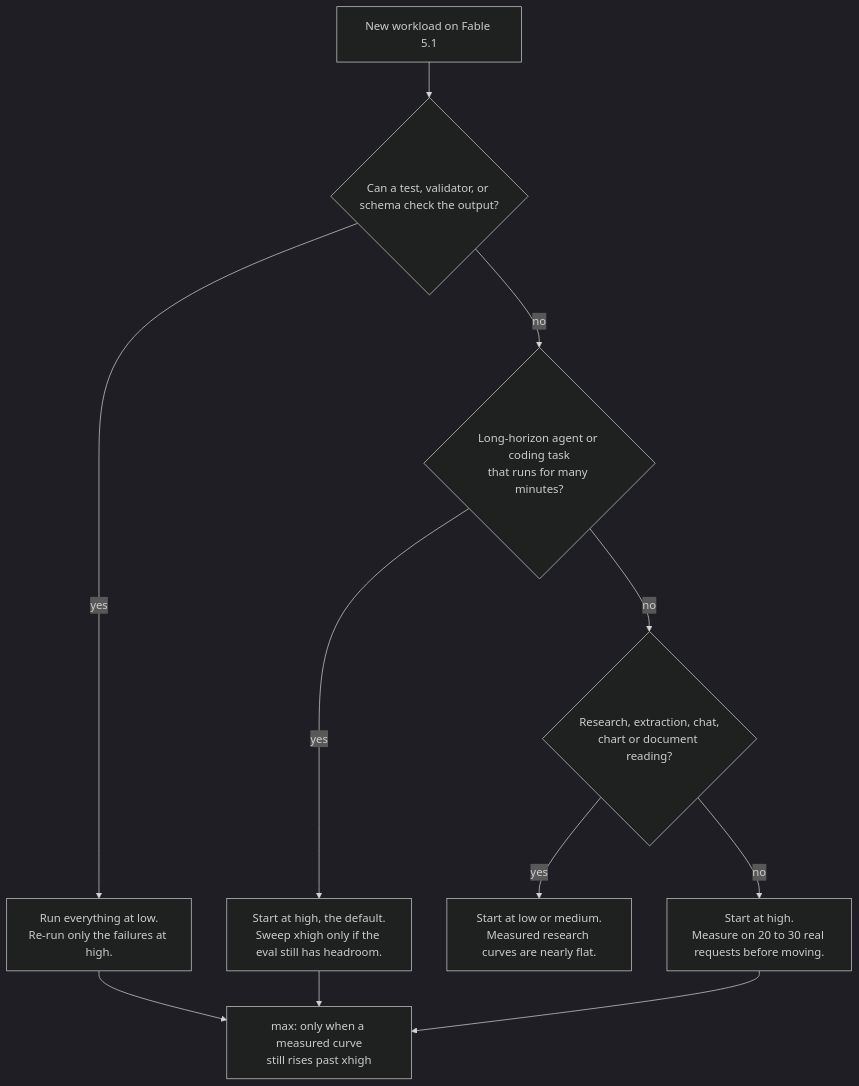
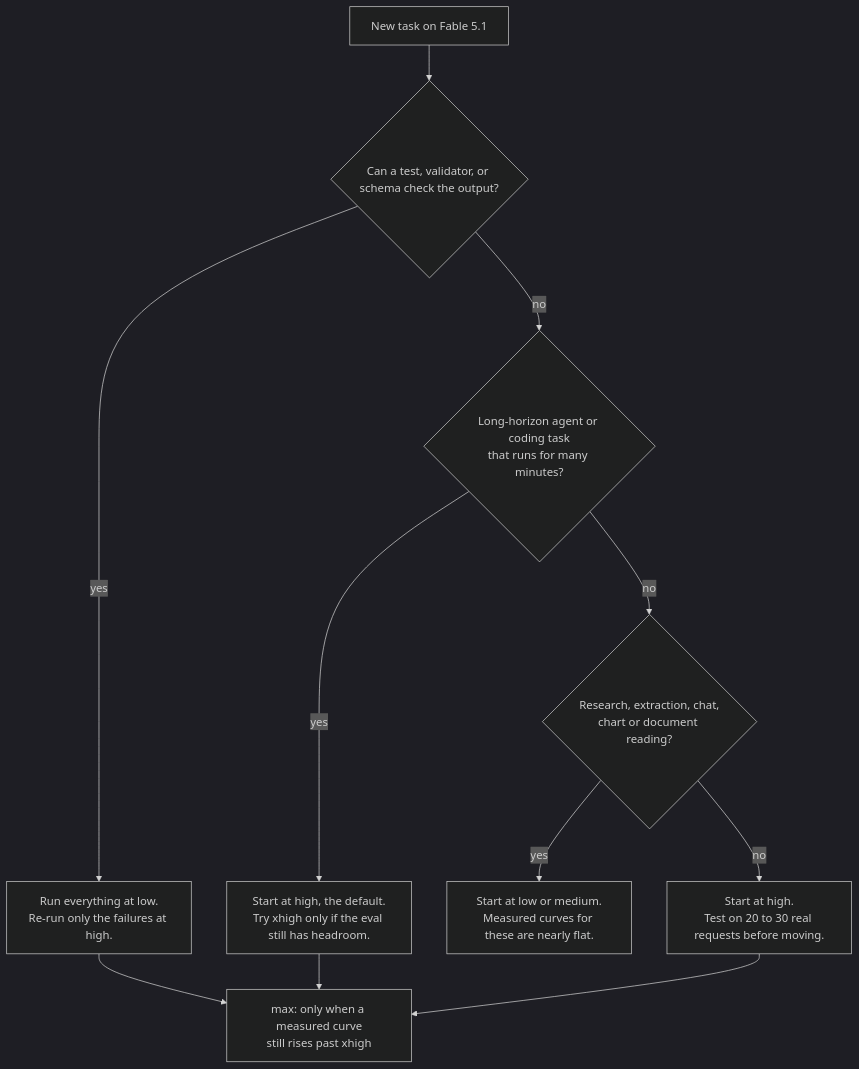
The diagram in README.md (benchengai/awesome-fable-5-1-cookbook), drawn with Mermaid (dark theme) before and after one commit. The commit also changed other lines of this file and 2 other files, not shown here.

````diff
--- a/README.md
+++ b/README.md
@@ -97,13 +118,13 @@
 ```mermaid
 flowchart TD
-    A["New workload on Fable 5.1"] --> B{"Can a test, validator, or schema check the output?"}
+    A["New task on Fable 5.1"] --> B{"Can a test, validator, or schema check the output?"}
     B -- "yes" --> C["Run everything at low.<br/>Re-run only the failures at high."]
     B -- "no" --> D{"Long-horizon agent or coding task<br/>that runs for many minutes?"}
-    D -- "yes" --> E["Start at high, the default.<br/>Sweep xhigh only if the eval still has headroom."]
+    D -- "yes" --> E["Start at high, the default.<br/>Try xhigh only if the eval still has headroom."]
     D -- "no" --> F{"Research, extraction, chat,<br/>chart or document reading?"}
-    F -- "yes" --> G["Start at low or medium.<br/>Measured research curves are nearly flat."]
-    F -- "no" --> H["Start at high.<br/>Measure on 20 to 30 real requests before moving."]
+    F -- "yes" --> G["Start at low or medium.<br/>Measured curves for these are nearly flat."]
+    F -- "no" --> H["Start at high.<br/>Test on 20 to 30 real requests before moving."]
     C --> I["max: only when a measured curve<br/>still rises past xhigh"]
     E --> I
     H --> I
 ```
````
